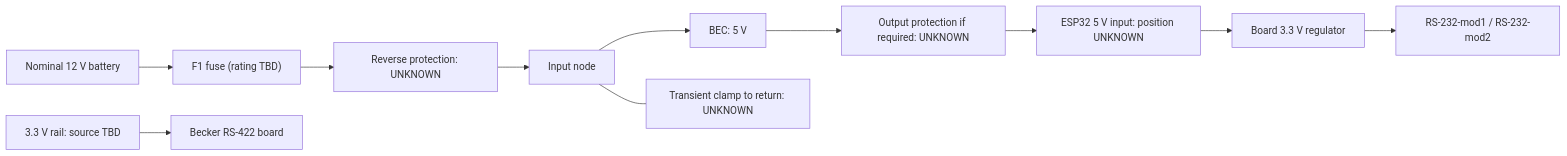
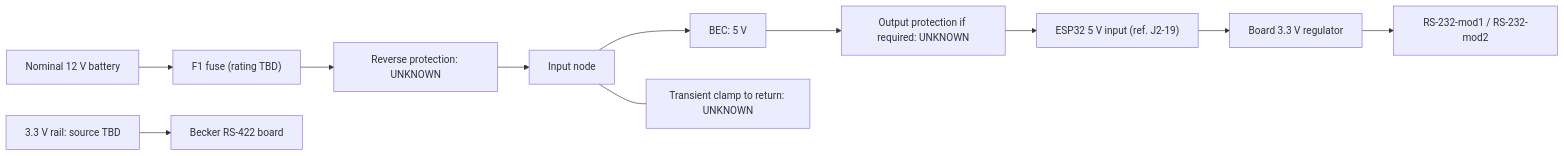
The second of 2 diagrams in docs/connections.md (MomoRC-tech/Becker-AR6201-to-OpenSoar), drawn with Mermaid before and after one commit. The commit also changed other lines of this file and 2 other files, not shown here.

Commit message:
Document the candidate ESP32 DevKitC V4 pinout

````diff
--- a/docs/connections.md
+++ b/docs/connections.md
@@ -159,11 +194,11 @@
 ```mermaid
 flowchart LR
     S["Nominal 12 V battery"] --> F1["F1 fuse (rating TBD)"]
     F1 --> P["Reverse protection: UNKNOWN"]
     P --> I[Input node] --> B["BEC: 5 V"]
     I --- T["Transient clamp to return: UNKNOWN"]
-    B --> V["Output protection if required: UNKNOWN"] --> E["ESP32 5 V input: position UNKNOWN"]
+    B --> V["Output protection if required: UNKNOWN"] --> E["ESP32 5 V input (ref. J2-19)"]
     E --> R[Board 3.3 V regulator]
     R --> C["RS-232-mod1 / RS-232-mod2"]
     TBD["3.3 V rail: source TBD"] --> Q["Becker RS-422 board"]
 ```
````
